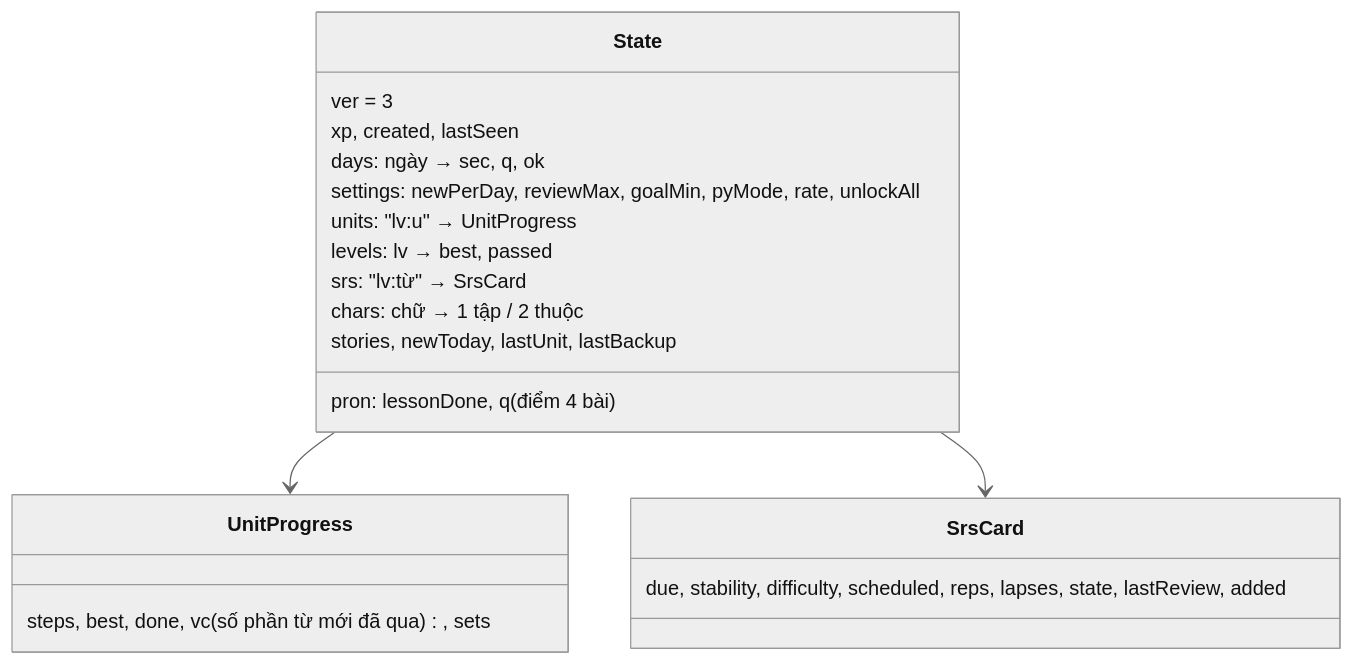
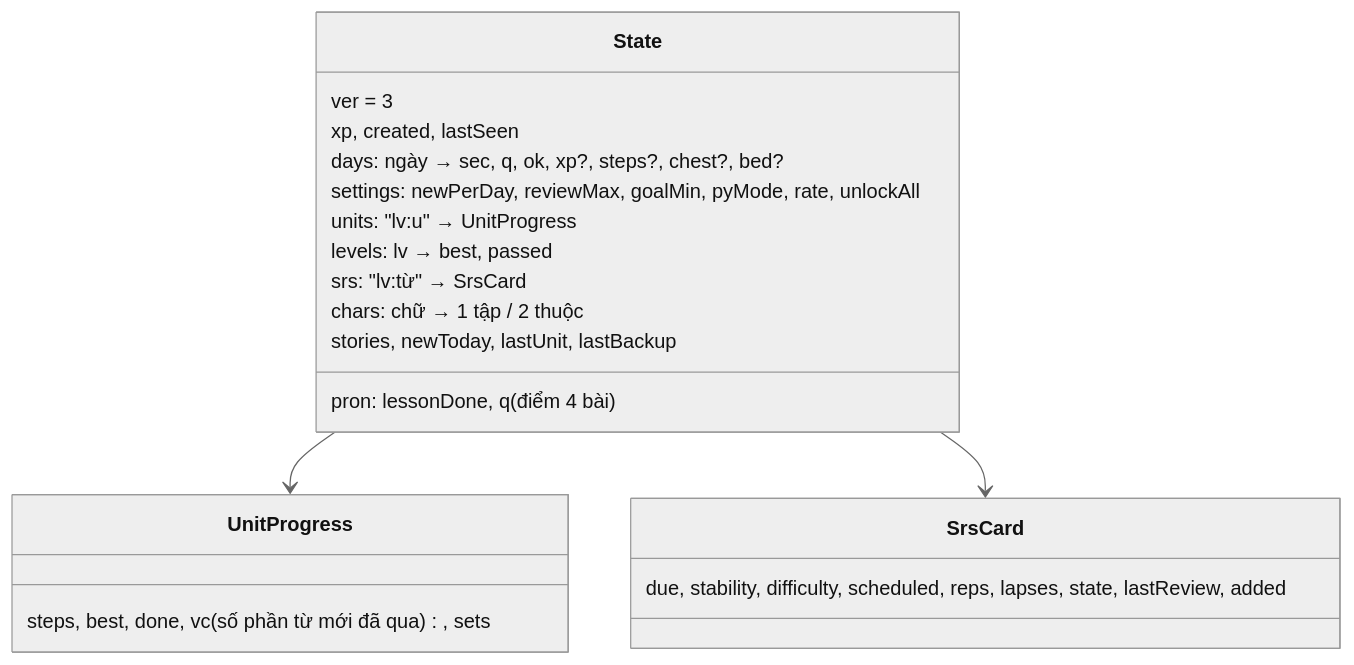
Before and after one commit to Nhocfury/mitxue: the sixth of 6 diagrams in docs/ARCHITECTURE.md, drawn with Mermaid (neutral theme). The commit also changed other lines of this file and 19 other files, not shown here.

````diff
--- a/docs/ARCHITECTURE.md
+++ b/docs/ARCHITECTURE.md
@@ -256,19 +258,19 @@
 ```mermaid
 classDiagram
   class State {
     ver = 3
     xp, created, lastSeen
-    days: ngày → sec, q, ok
+    days: ngày → sec, q, ok, xp?, steps?, chest?, bed?
     settings: newPerDay, reviewMax, goalMin, pyMode, rate, unlockAll
     pron: lessonDone, q (điểm 4 bài)
     units: "lv:u" → UnitProgress
     levels: lv → best, passed
     srs: "lv:từ" → SrsCard
     chars: chữ → 1 tập / 2 thuộc
     stories, newToday, lastUnit, lastBackup
   }
   class UnitProgress { steps, best, done, vc (số phần từ mới đã qua), sets }
   class SrsCard { due, stability, difficulty, scheduled, reps, lapses, state, lastReview, added }
   State --> UnitProgress
   State --> SrsCard
 ```
````
